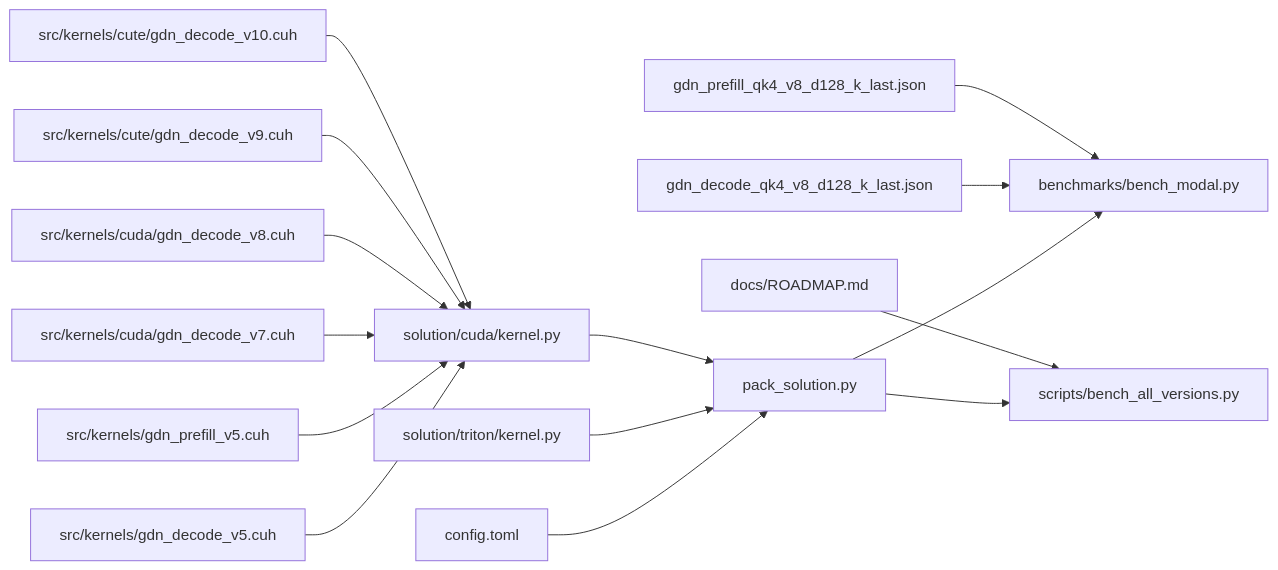
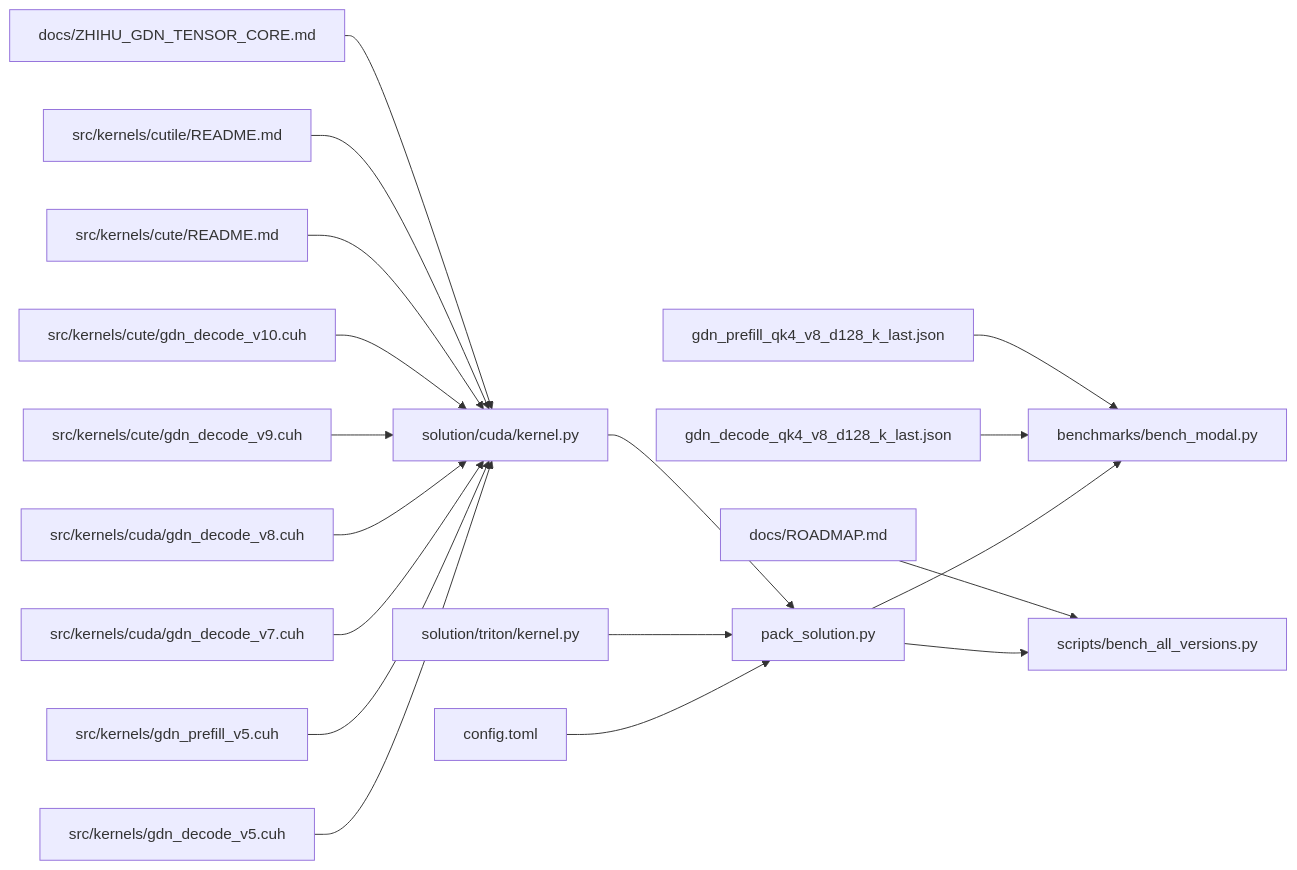
Before and after one commit to gugudeshubao/flashinfer-bench-tma-thrust: diagram 11 of 11 in .qoder/repowiki/en/content/Optimization Strategies.md, drawn with Mermaid. The commit also changed other lines of this file and 3 other files, not shown here.

````diff
--- a/.qoder/repowiki/en/content/Optimization Strategies.md
+++ b/.qoder/repowiki/en/content/Optimization Strategies.md
@@ -655,17 +789,20 @@
 ```mermaid
 graph LR
 CFG["config.toml"] --> PACK["pack_solution.py"]
 SOL_TRITON["solution/triton/kernel.py"] --> PACK
 SOL_CUDA["solution/cuda/kernel.py"] --> PACK
 CUDA_SRC["src/kernels/gdn_decode_v5.cuh"] --> SOL_CUDA
 CUDA_SRC2["src/kernels/gdn_prefill_v5.cuh"] --> SOL_CUDA
 CUDA_V7["src/kernels/cuda/gdn_decode_v7.cuh"] --> SOL_CUDA
 CUDA_V8["src/kernels/cuda/gdn_decode_v8.cuh"] --> SOL_CUDA
 CUDA_V9["src/kernels/cute/gdn_decode_v9.cuh"] --> SOL_CUDA
 CUDA_V10["src/kernels/cute/gdn_decode_v10.cuh"] --> SOL_CUDA
 PACK --> BENCH["benchmarks/bench_modal.py"]
 PACK --> ALL_BENCH["scripts/bench_all_versions.py"]
 DEF1["gdn_decode_qk4_v8_d128_k_last.json"] --> BENCH
 DEF2["gdn_prefill_qk4_v8_d128_k_last.json"] --> BENCH
 ROADMAP["docs/ROADMAP.md"] --> ALL_BENCH
+CUTLASS["src/kernels/cute/README.md"] --> SOL_CUDA
+CUTILE["src/kernels/cutile/README.md"] --> SOL_CUDA
+TC_EVOLUTION["docs/ZHIHU_GDN_TENSOR_CORE.md"] --> SOL_CUDA
 ```
````
